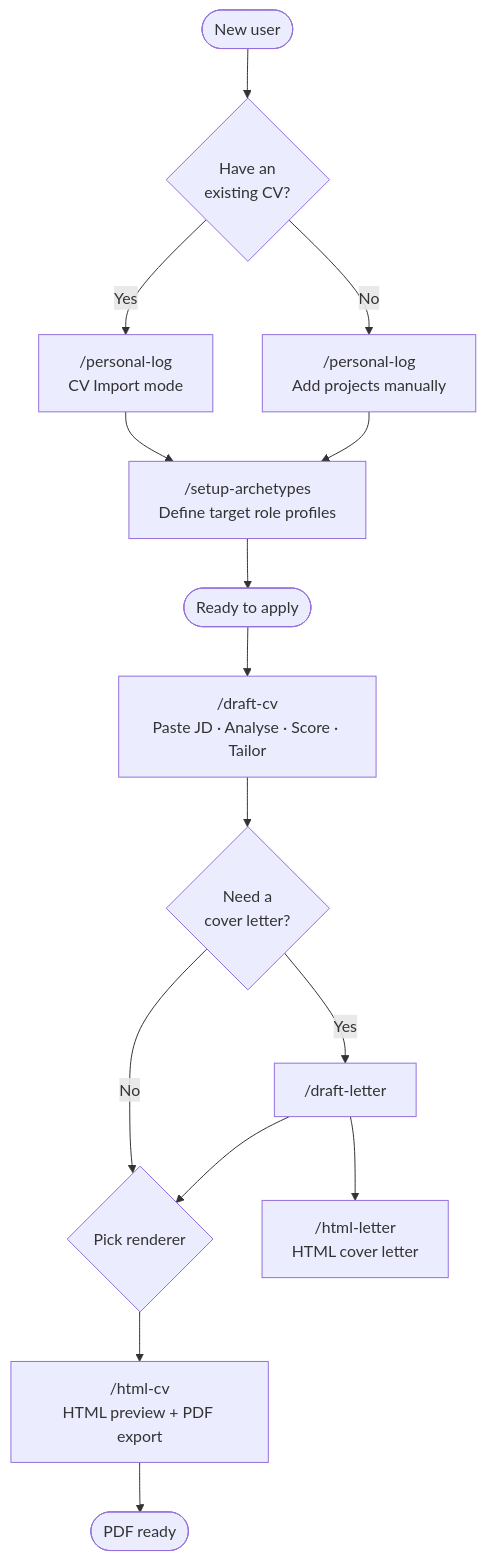
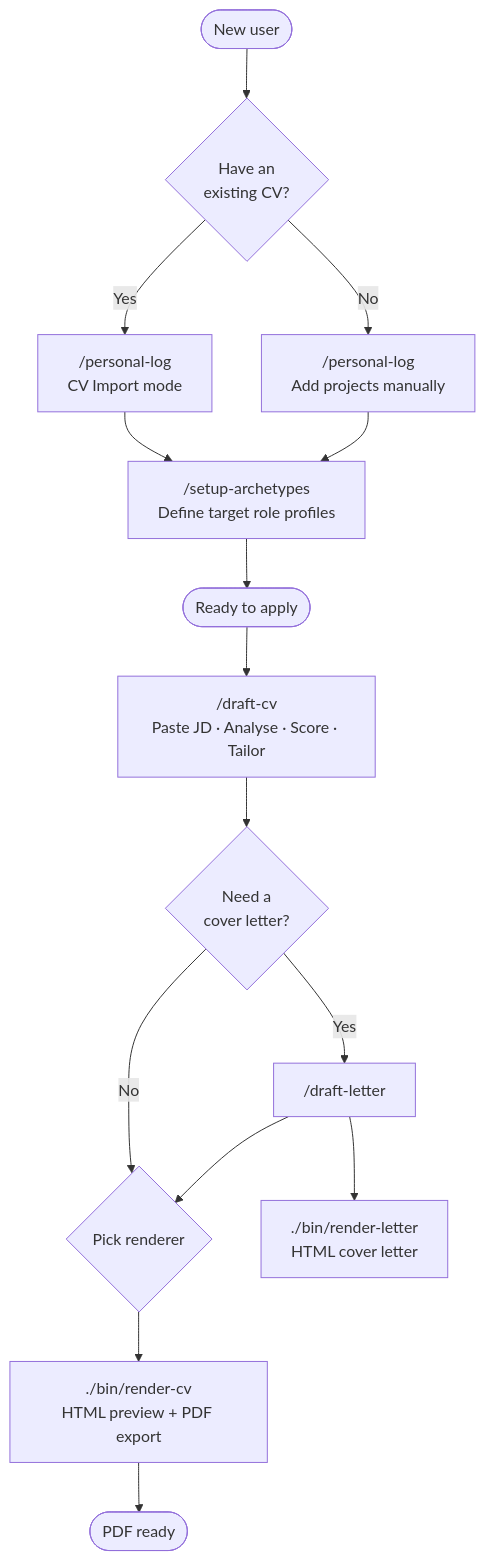
The diagram in docs/guide.md (tiennt0212/cv-builder), drawn with Mermaid before and after one commit. The commit also changed other lines of this file and 36 other files, not shown here.

First line of the commit message:
feat: replace html-cv/html-letter skills with deterministic Node.js + Handlebars CLI renderers (issue #8)

````diff
--- a/docs/guide.md
+++ b/docs/guide.md
@@ -13,25 +13,25 @@
 ```mermaid
 flowchart TD
     Start([New user]) --> hasCV{Have an\nexisting CV?}
 
     hasCV -->|Yes| import["/personal-log\nCV Import mode"]
     hasCV -->|No| manual["/personal-log\nAdd projects manually"]
 
     import --> archetypes["/setup-archetypes\nDefine target role profiles"]
     manual --> archetypes
 
     archetypes --> ready([Ready to apply])
 
     ready --> draftcv["/draft-cv\nPaste JD · Analyse · Score · Tailor"]
     draftcv --> letter{Need a\ncover letter?}
 
     letter -->|Yes| draftletter["/draft-letter"]
     letter -->|No| renderer
 
-    draftletter --> htmlletter["/html-letter\nHTML cover letter"]
+    draftletter --> htmlletter["./bin/render-letter\nHTML cover letter"]
     draftletter --> renderer{Pick renderer}
 
-    renderer --> html["/html-cv\nHTML preview + PDF export"]
+    renderer --> html["./bin/render-cv\nHTML preview + PDF export"]
 
     html --> done([PDF ready])
 ```
````
